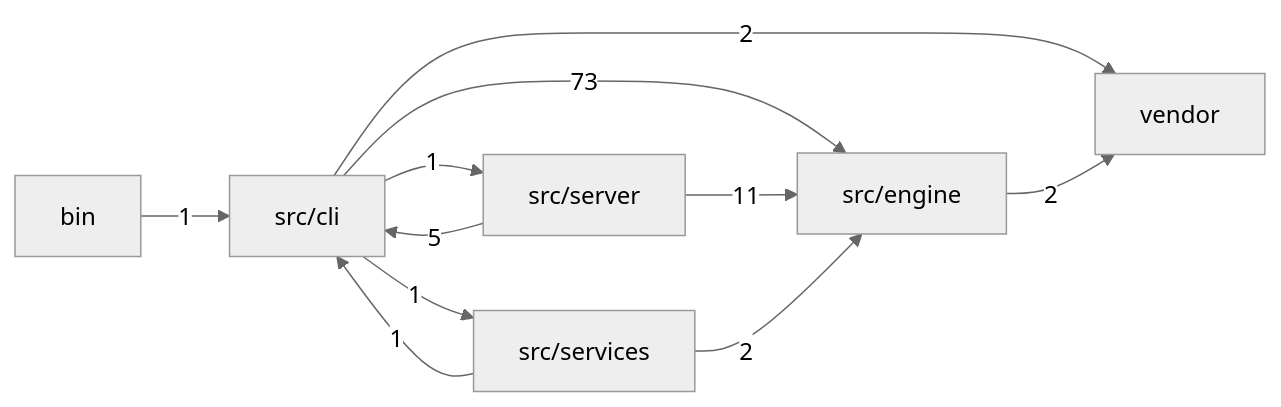
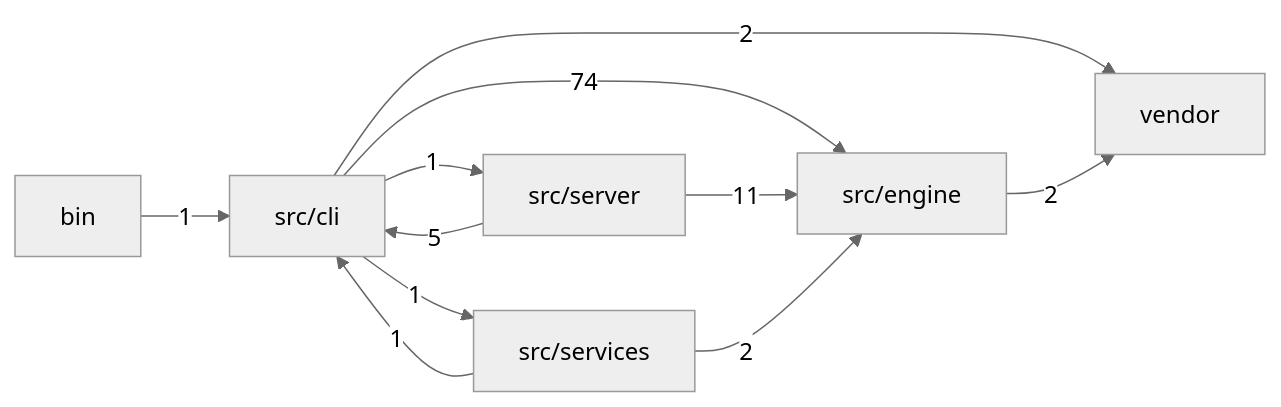
Before and after one commit to mgillr/memev: the first of 2 diagrams in docs/MODULES.md, drawn with Mermaid (neutral theme). The commit also changed other lines of this file and 4 other files, not shown here.

````diff
--- a/docs/MODULES.md
+++ b/docs/MODULES.md
@@ -11,19 +11,19 @@
 ```mermaid
 flowchart LR
   bin["bin"]
   cli["src/cli"]
   engine["src/engine"]
   server["src/server"]
   services["src/services"]
   vendor["vendor"]
   bin -->|"1"| cli
-  cli -->|"73"| engine
+  cli -->|"74"| engine
   cli -->|"1"| server
   cli -->|"1"| services
   cli -->|"2"| vendor
   engine -->|"2"| vendor
   server -->|"5"| cli
   server -->|"11"| engine
   services -->|"1"| cli
   services -->|"2"| engine
 ```
````
